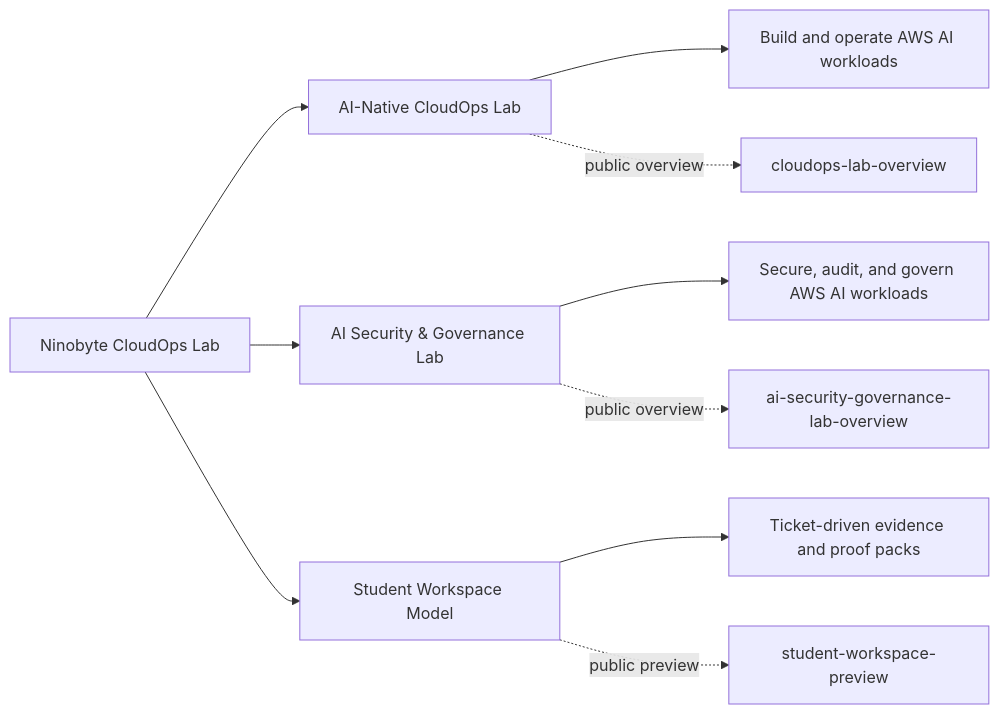
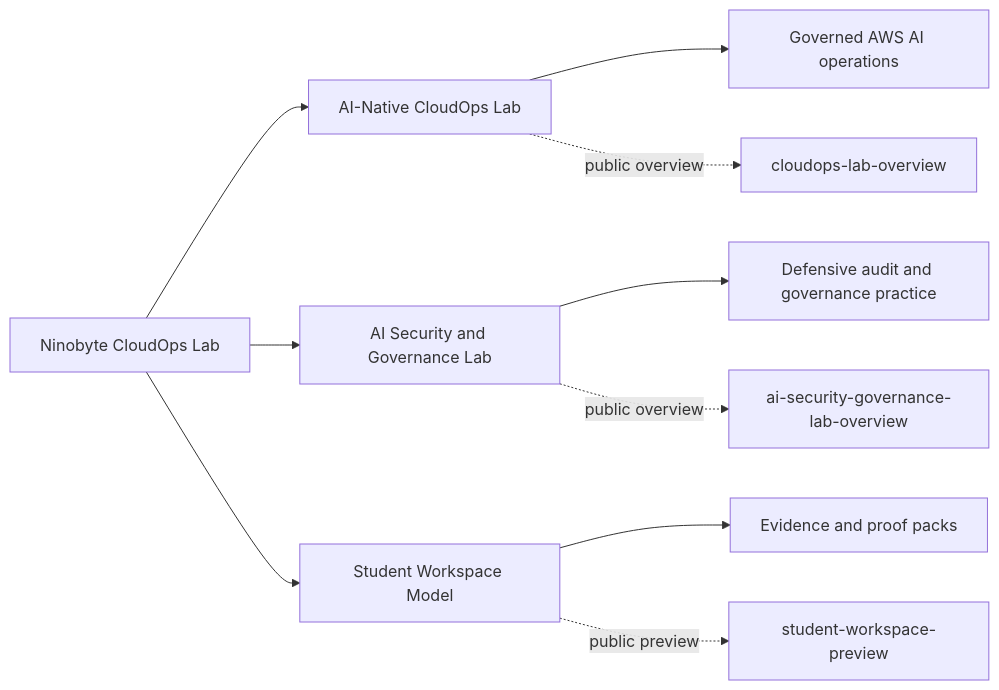
Before and after one commit to ninobyte-cloudops-lab/.github: the diagram in profile/README.md, drawn with Mermaid. The commit also changed other lines of this file, not shown here.

Commit message:
docs: align CloudOps org profile with governed AWS AI practice

````diff
--- a/profile/README.md
+++ b/profile/README.md
@@ -9,14 +24,14 @@
 ```mermaid
 flowchart LR
     A[Ninobyte CloudOps Lab] --> B[AI-Native CloudOps Lab]
-    A --> C[AI Security & Governance Lab]
+    A --> C[AI Security and Governance Lab]
     A --> D[Student Workspace Model]
 
-    B --> B1[Build and operate AWS AI workloads]
-    C --> C1[Secure, audit, and govern AWS AI workloads]
-    D --> D1[Ticket-driven evidence and proof packs]
+    B --> B1[Governed AWS AI operations]
+    C --> C1[Defensive audit and governance practice]
+    D --> D1[Evidence and proof packs]
 
     B -. public overview .-> E[cloudops-lab-overview]
     C -. public overview .-> F[ai-security-governance-lab-overview]
     D -. public preview .-> G[student-workspace-preview]
 ```
````
